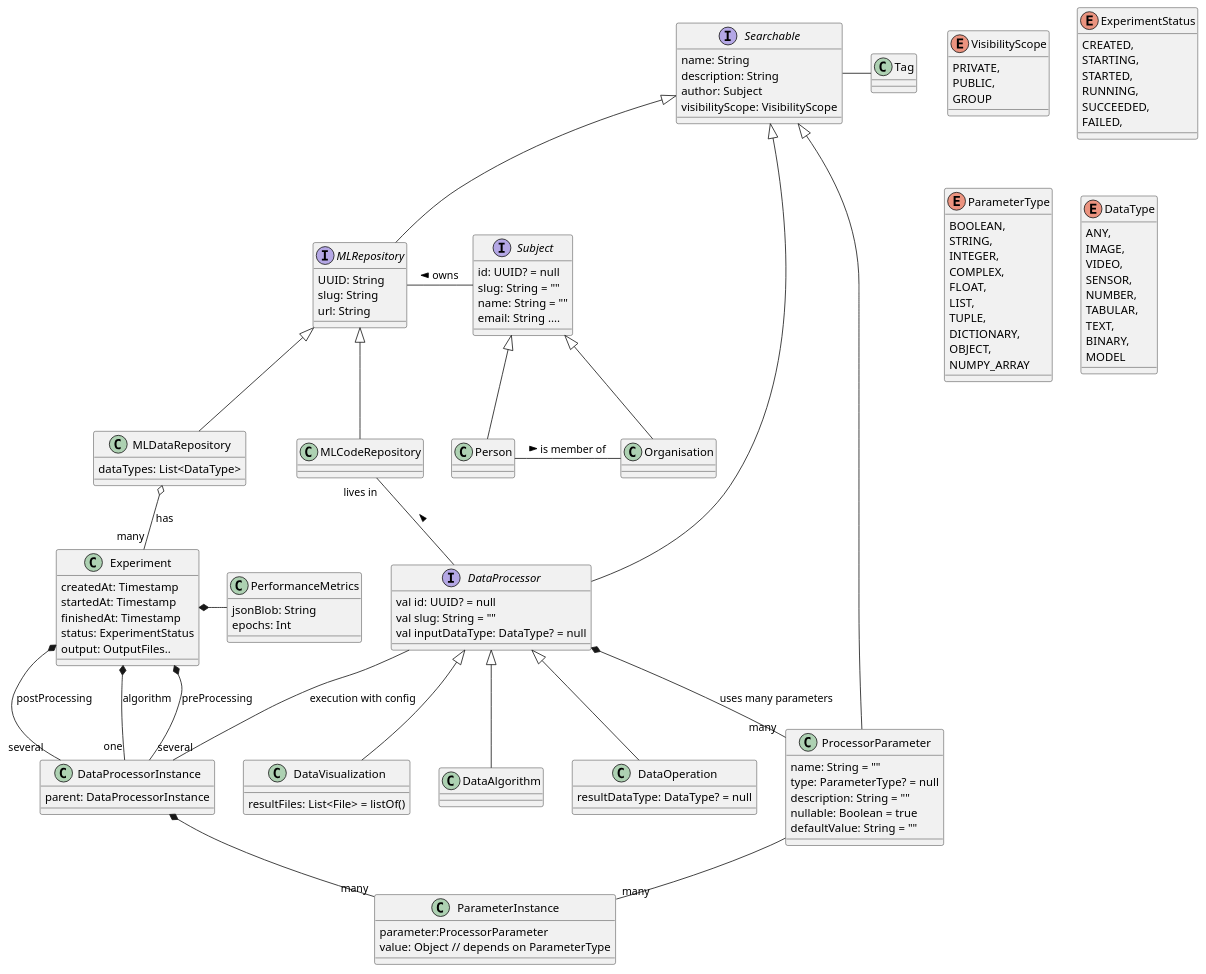
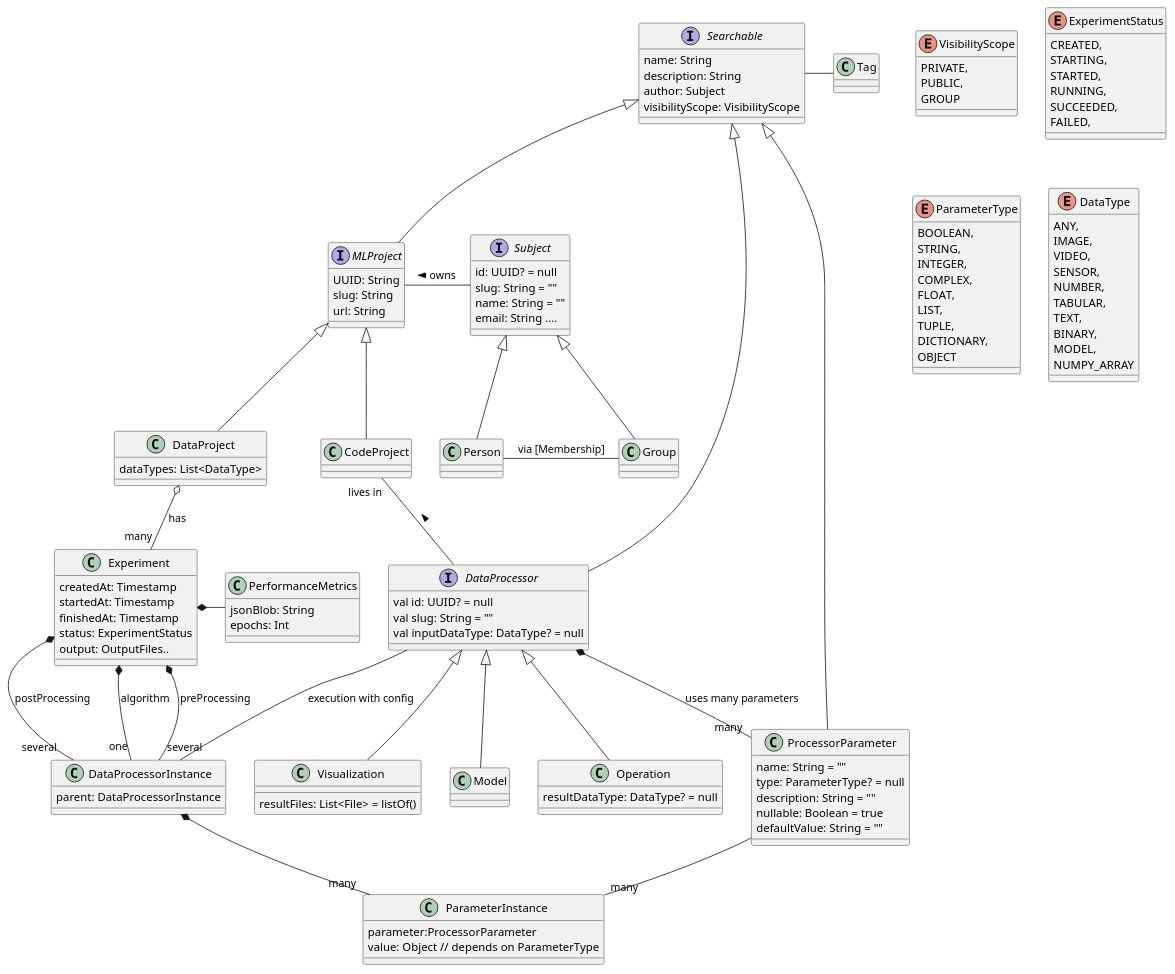
One commit to MLReef/mlreef changed the diagram in docs/development/uml/domain-model.puml. Above: the diagram before and after it, drawn with PlantUML. The commit also changed 32 other files, not shown here.

```diff
--- a/docs/development/uml/domain-model.puml
+++ b/docs/development/uml/domain-model.puml
@@ -1,134 +1,134 @@
 @startuml
 
 interface Subject {
     id: UUID? = null
     slug: String = ""
     name: String = ""
     email: String ....
 }
 class Person
-class Organisation
+class Group
 enum VisibilityScope {
     PRIVATE,
     PUBLIC,
     GROUP
 }
 Subject <|-- Person
-Subject <|-- Organisation
+Subject <|-- Group
+Person - Group: via [Membership]
 
-MLRepository - Subject : < owns
-Person - Organisation : > is member of
+MLProject - Subject : < owns
 
 interface Searchable {
     name: String
     description: String
     author: Subject
     visibilityScope: VisibilityScope
 }
 
 Searchable - Tag
 
-interface MLRepository {
+interface MLProject {
     UUID: String
     slug: String
     url: String
 }
 
-class MLDataRepository {
+class DataProject {
     dataTypes: List<DataType>
 }
-class MLCodeRepository
-Searchable <|-- MLRepository
+class CodeProject
+Searchable <|-- MLProject
 Searchable <|-- DataProcessor
 Searchable <|-- ProcessorParameter
-MLRepository <|-- MLCodeRepository
-MLRepository <|-- MLDataRepository
+MLProject <|-- CodeProject
+MLProject <|-- DataProject
 
 enum ExperimentStatus {
     CREATED,
     STARTING,
     STARTED,
     RUNNING,
     SUCCEEDED,
     FAILED,
 }
 
 class Experiment {
     createdAt: Timestamp
     startedAt: Timestamp
     finishedAt: Timestamp
     status: ExperimentStatus
     output: OutputFiles..
 }
 class PerformanceMetrics {
     jsonBlob: String
     epochs: Int
 }
 Experiment *- PerformanceMetrics
-MLDataRepository o-- "many" Experiment : "has"
+DataProject o-- "many" Experiment : "has"
 
 interface DataProcessor {
     val id: UUID? = null
     val slug: String = ""
     val inputDataType: DataType? = null
 }
-class DataOperation {
+class Operation {
    resultDataType: DataType? = null
 }
-class DataVisualization {
+class Visualization {
    resultFiles: List<File> = listOf()
 }
-DataProcessor  <|-- DataOperation
-DataProcessor  <|-- DataVisualization
-DataProcessor  <|-- DataAlgorithm
+DataProcessor  <|-- Operation
+DataProcessor  <|-- Visualization
+DataProcessor  <|-- Model
 DataProcessor  *-- "many " ProcessorParameter : uses many parameters
 
-MLCodeRepository  -- DataProcessor : "lives in" <
+CodeProject  -- DataProcessor : "lives in" <
 DataProcessor  - DataProcessorInstance : "execution with config"
 class DataProcessorInstance {
     parent: DataProcessorInstance
 }
 class ParameterInstance {
     parameter:ProcessorParameter
     value: Object // depends on ParameterType
 }
 ProcessorParameter -- "many" ParameterInstance
 Experiment *-- "several" DataProcessorInstance : preProcessing
 Experiment *-- "several" DataProcessorInstance : postProcessing
 Experiment *-- "one" DataProcessorInstance : algorithm
 DataProcessorInstance *- "many" ParameterInstance
 
 class ProcessorParameter {
     name: String = ""
     type: ParameterType? = null
     description: String = ""
     nullable: Boolean = true
     defaultValue: String = ""
 }
 
 enum ParameterType {
     BOOLEAN,
     STRING,
     INTEGER,
     COMPLEX,
     FLOAT,
     LIST,
     TUPLE,
     DICTIONARY,
-    OBJECT,
-    NUMPY_ARRAY
+    OBJECT
 }
 
 enum DataType {
     ANY,
     IMAGE,
     VIDEO,
     SENSOR,
     NUMBER,
     TABULAR,
     TEXT,
     BINARY,
-    MODEL
+    MODEL,
+    NUMPY_ARRAY
 }
 
 @enduml
```
